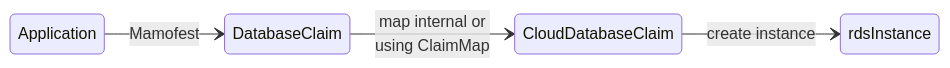
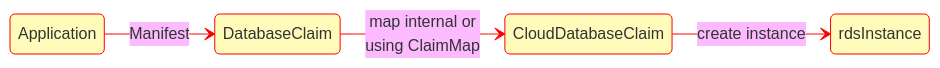
The third of 8 diagrams in docs/index.md (infobloxopen/db-controller), drawn with Mermaid before and after one commit. The commit also changed other lines of this file and 1 other file, not shown here.

Commit message:
Added doc styling to diagrams

````diff
--- a/docs/index.md
+++ b/docs/index.md
@@ -179,7 +180,8 @@
 ```mermaid
+%%{init: {'theme': 'base', 'themeVariables': { 'primaryColor': '#fffcbb', 'lineColor': '#ff0000', 'primaryBorderColor': '#ff0000'}}}%%
 stateDiagram
   direction LR
-  Application --> DatabaseClaim : Mamofest
+  Application --> DatabaseClaim : Manifest
   DatabaseClaim --> CloudDatabaseClaim : map internal or</br> using ClaimMap
   CloudDatabaseClaim --> rdsInstance : create instance
 ```
````
